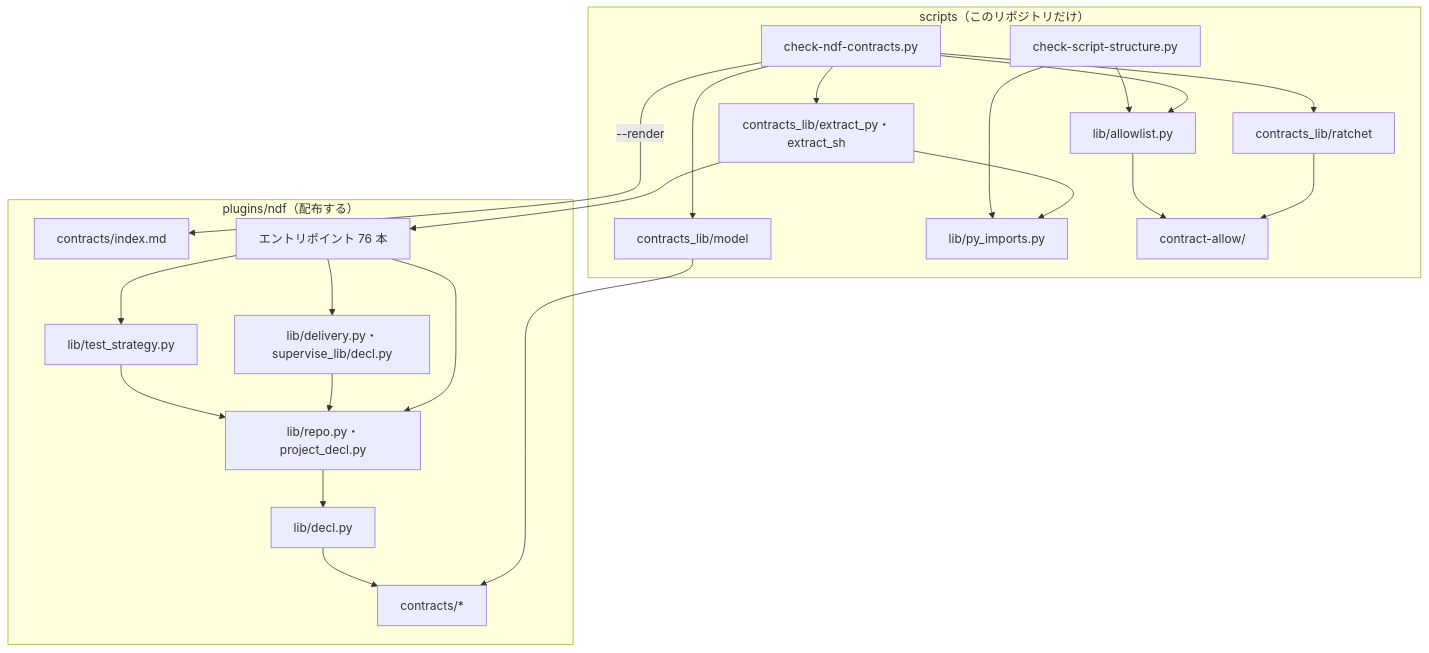
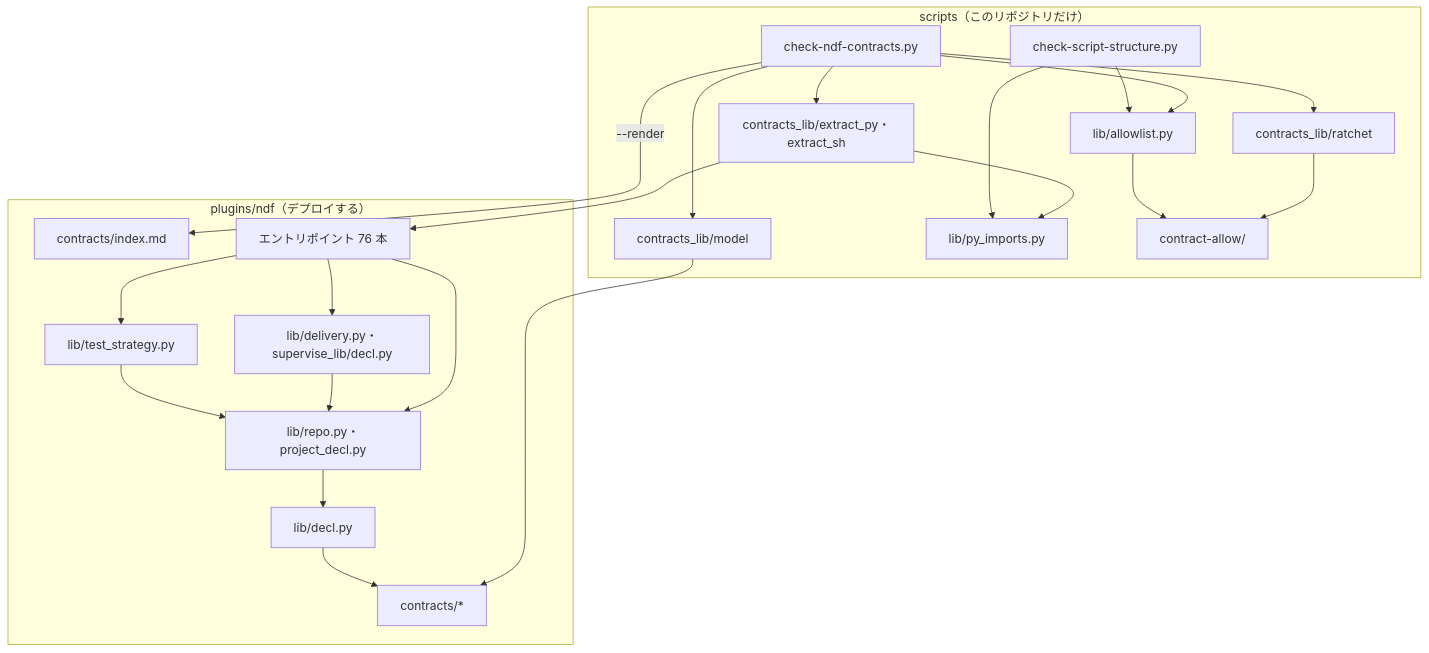
One commit to devbasex/ai-plugins changed the diagram in docs/specifications/ndf-entrypoint-contracts.md. Above: the diagram before and after it, drawn with Mermaid. The commit also changed other lines of this file and 79 other files, not shown here.

````diff
--- a/docs/specifications/ndf-entrypoint-contracts.md
+++ b/docs/specifications/ndf-entrypoint-contracts.md
@@ -103,33 +103,33 @@
 ```mermaid
 graph TB
-  subgraph dist["plugins/ndf（配布する）"]
+  subgraph dist["plugins/ndf（デプロイする）"]
     C[contracts/*]
     IDX[contracts/index.md]
     D[lib/decl.py]
     R[lib/repo.py・project_decl.py]
     DV[lib/delivery.py・supervise_lib/decl.py]
     TS[lib/test_strategy.py]
     E[エントリポイント 76 本]
   end
   subgraph repo["scripts（このリポジトリだけ）"]
     CK[check-ndf-contracts.py]
     M[contracts_lib/model]
     X[contracts_lib/extract_py・extract_sh]
     RT[contracts_lib/ratchet]
     AL[lib/allowlist.py]
     PI[lib/py_imports.py]
     CS[check-script-structure.py]
     CA[contract-allow/]
   end
   CK --> M --> C
   CK --> X --> E
   X --> PI
   CK --> RT --> CA
   CK --> AL --> CA
   CK -->|--render| IDX
   CS --> AL
   CS --> PI
   E --> R --> D --> C
   E --> DV --> R
   E --> TS --> R
 ```
````
